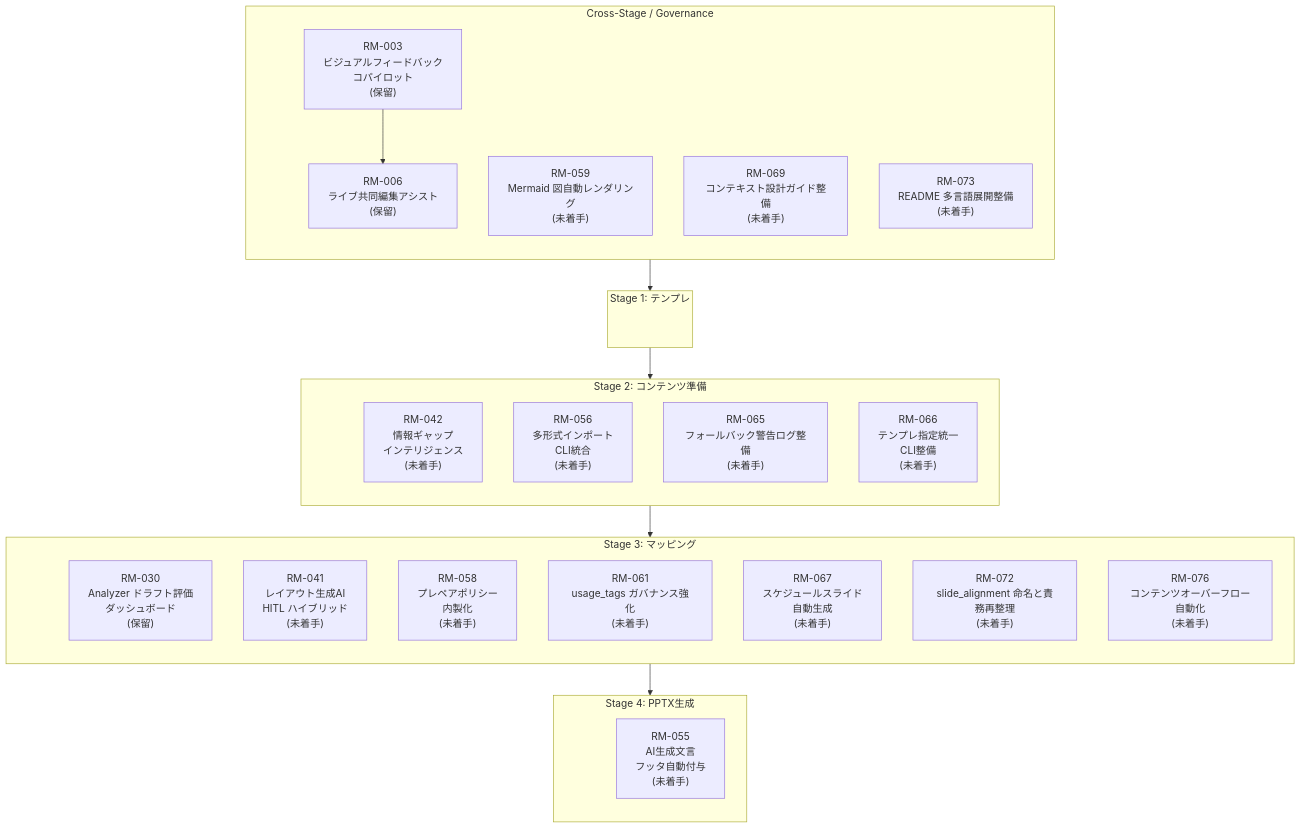
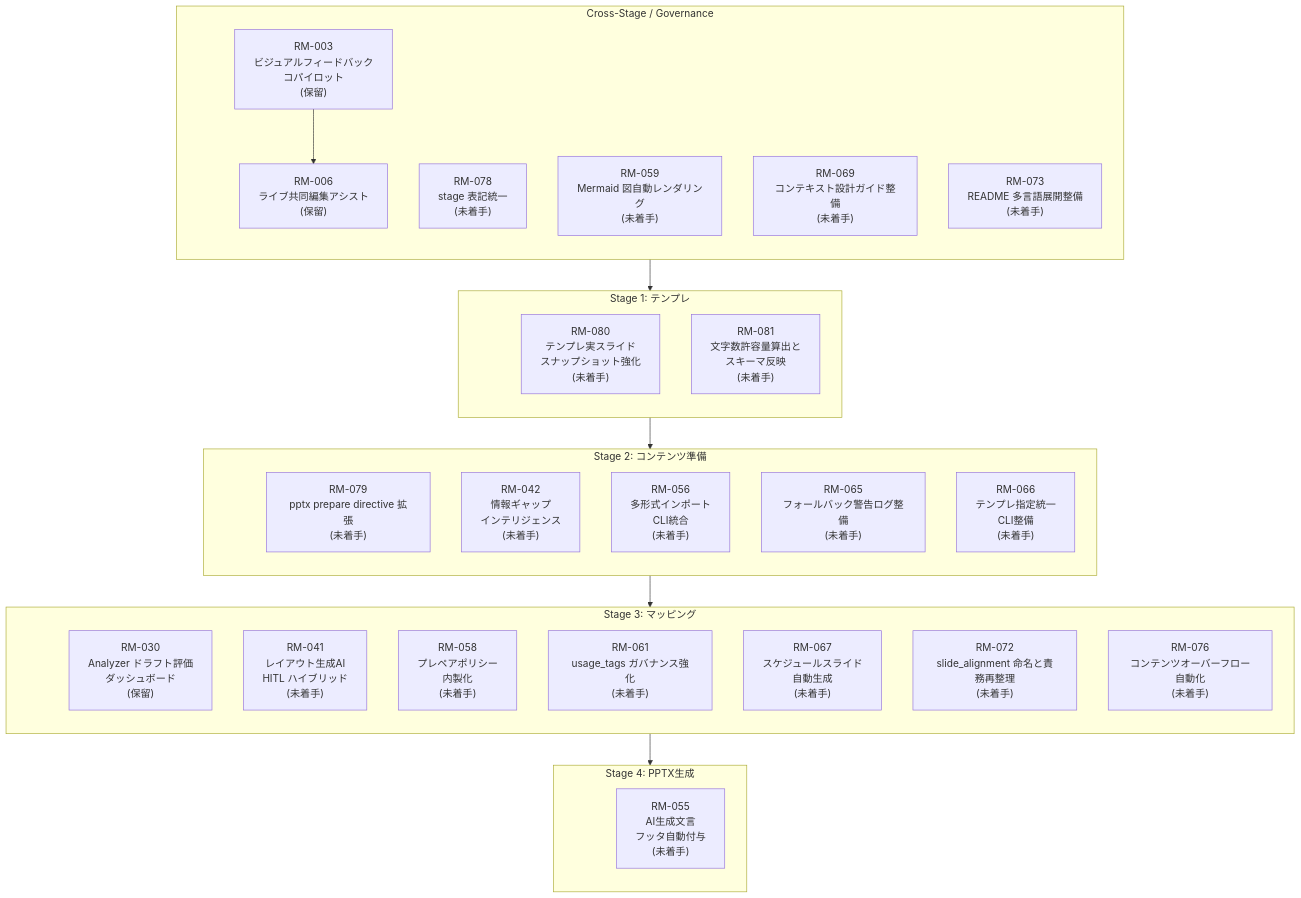
The diagram in docs/roadmap/roadmap.md (yurake/pptx_generator), drawn with Mermaid before and after one commit. The commit also changed other lines of this file and 8 other files, not shown here.

````diff
--- a/docs/roadmap/roadmap.md
+++ b/docs/roadmap/roadmap.md
@@ -25,54 +25,58 @@
 ```mermaid
 flowchart TB
     subgraph GOV["Cross-Stage / Governance"]
         direction TB
         GOV_ANCHOR(( ))
+        RM078["RM-078<br/>stage 表記統一<br/>(未着手)"]
         RM003["RM-003<br/>ビジュアルフィードバック<br/>コパイロット<br/>(保留)"]
         RM006["RM-006<br/>ライブ共同編集アシスト<br/>(保留)"]
         RM059["RM-059<br/>Mermaid 図自動レンダリング<br/>(未着手)"]
         RM069["RM-069<br/>コンテキスト設計ガイド整備<br/>(未着手)"]
         RM073["RM-073<br/>README 多言語展開整備<br/>(未着手)"]
     end
 
     subgraph ST1["Stage 1: テンプレ"]
         direction TB
         ST1_ANCHOR(( ))
+        RM080["RM-080<br/>テンプレ実スライド<br/>スナップショット強化<br/>(未着手)"]
+        RM081["RM-081<br/>文字数許容量算出と<br/>スキーマ反映<br/>(未着手)"]
     end
 
     subgraph ST2["Stage 2: コンテンツ準備"]
         direction TB
         ST2_ANCHOR(( ))
+        RM079["RM-079<br/>pptx prepare directive 拡張<br/>(未着手)"]
         RM042["RM-042<br/>情報ギャップ<br/>インテリジェンス<br/>(未着手)"]
         RM056["RM-056<br/>多形式インポート<br/>CLI統合<br/>(未着手)"]
         RM065["RM-065<br/>フォールバック警告ログ整備<br/>(未着手)"]
         RM066["RM-066<br/>テンプレ指定統一<br/>CLI整備<br/>(未着手)"]
     end
 
     subgraph ST3["Stage 3: マッピング"]
         direction TB
         ST3_ANCHOR(( ))
         RM030["RM-030<br/>Analyzer ドラフト評価<br/>ダッシュボード<br/>(保留)"]
         RM041["RM-041<br/>レイアウト生成AI<br/>HITL ハイブリッド<br/>(未着手)"]
         RM058["RM-058<br/>プレペアポリシー<br/>内製化<br/>(未着手)"]
         RM061["RM-061<br/>usage_tags ガバナンス強化<br/>(未着手)"]
         RM067["RM-067<br/>スケジュールスライド<br/>自動生成<br/>(未着手)"]
         RM072["RM-072<br/>slide_alignment 命名と責務再整理<br/>(未着手)"]
         RM076["RM-076<br/>コンテンツオーバーフロー自動化<br/>(未着手)"]
     end
 
     subgraph ST4["Stage 4: PPTX生成"]
         direction TB
         ST4_ANCHOR(( ))
         RM055["RM-055<br/>AI生成文言<br/>フッタ自動付与<br/>(未着手)"]
     end
 
     style GOV_ANCHOR fill:transparent,stroke:transparent
     style ST1_ANCHOR fill:transparent,stroke:transparent
     style ST2_ANCHOR fill:transparent,stroke:transparent
     style ST3_ANCHOR fill:transparent,stroke:transparent
     style ST4_ANCHOR fill:transparent,stroke:transparent
 
     GOV_ANCHOR --> ST1_ANCHOR --> ST2_ANCHOR --> ST3_ANCHOR --> ST4_ANCHOR
 
     RM003 --> RM006
 ```
````
